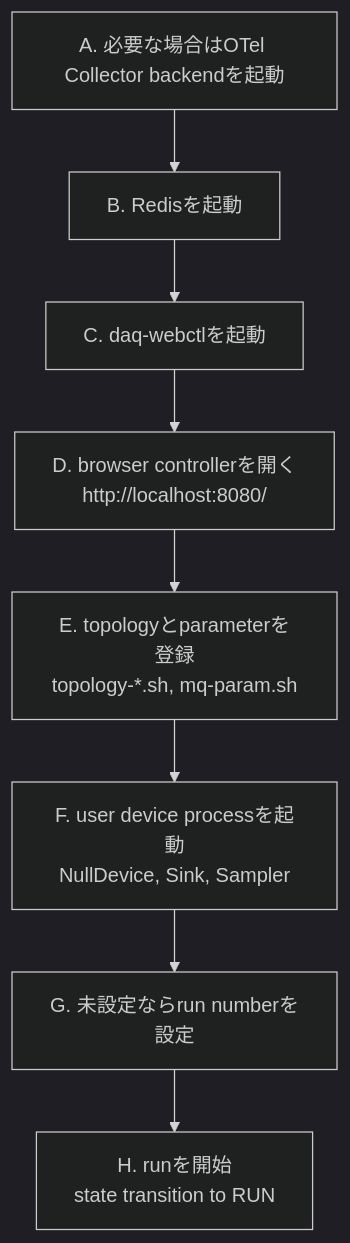
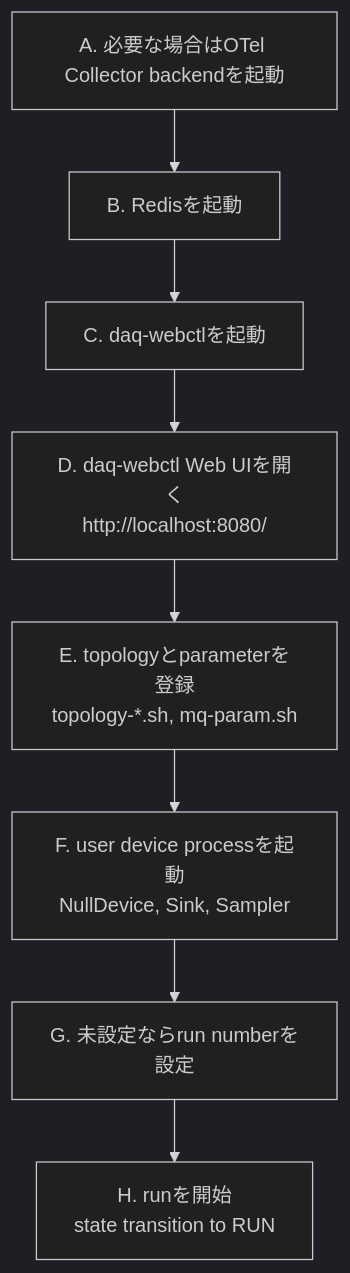
Before and after one commit to tntakahashi/nestdaq: the first of 2 diagrams in examples/README.ja.md, drawn with Mermaid (dark theme). The commit also changed other lines of this file and 3 other files, not shown here.

Commit message:
docs(examples): clarify lifecycle hooks and daq-webctl architecture

````diff
--- a/examples/README.ja.md
+++ b/examples/README.ja.md
@@ -71,14 +79,14 @@
 ```mermaid
 flowchart TD
   Otel[A. 必要な場合はOTel Collector backendを起動]
   Redis[B. Redisを起動]
   WebCtl[C. daq-webctlを起動]
-  Browser[D. browser controllerを開く<br/>http://localhost:8080/]
+  Browser[D. daq-webctl Web UIを開く<br/>http://localhost:8080/]
   Config[E. topologyとparameterを登録<br/>topology-*.sh, mq-param.sh]
   UserDevices[F. user device processを起動<br/>NullDevice, Sink, Sampler]
   RunNumber[G. 未設定ならrun numberを設定]
   StartRun[H. runを開始<br/>state transition to RUN]
 
   Otel --> Redis --> WebCtl --> Browser --> Config --> UserDevices --> RunNumber
   RunNumber --> StartRun
 ```
````
